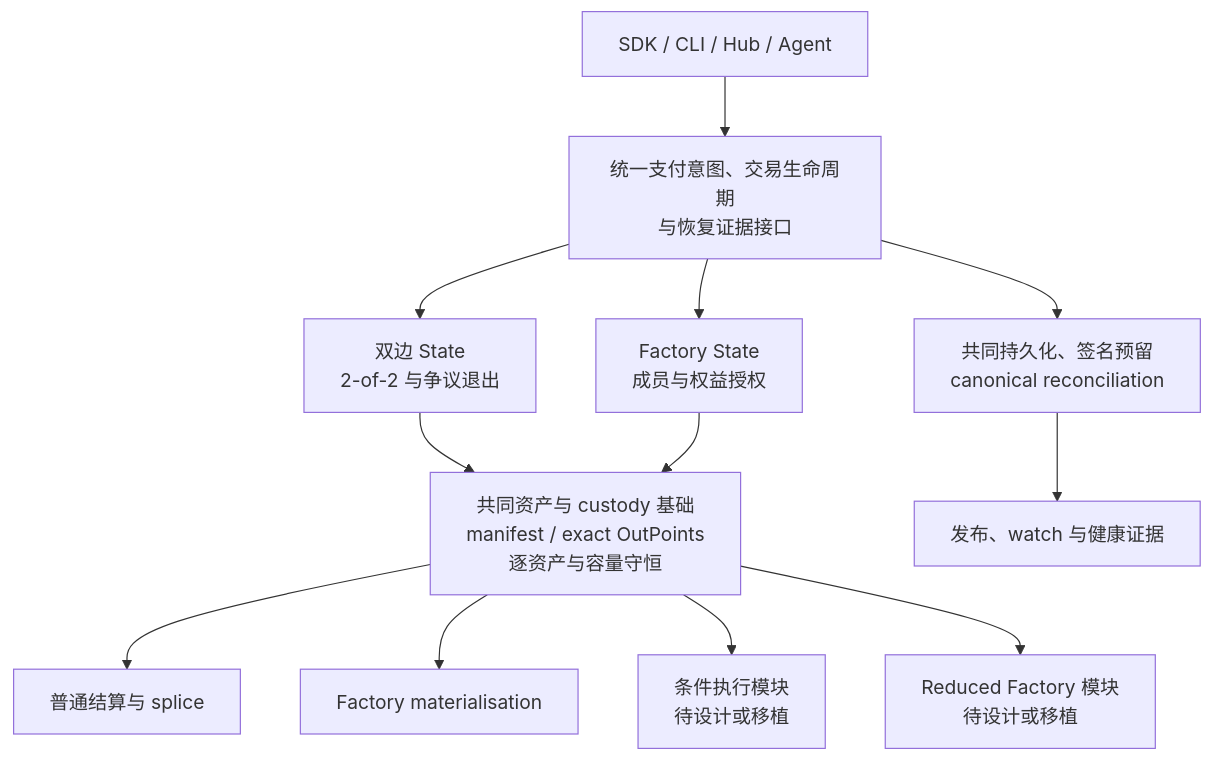
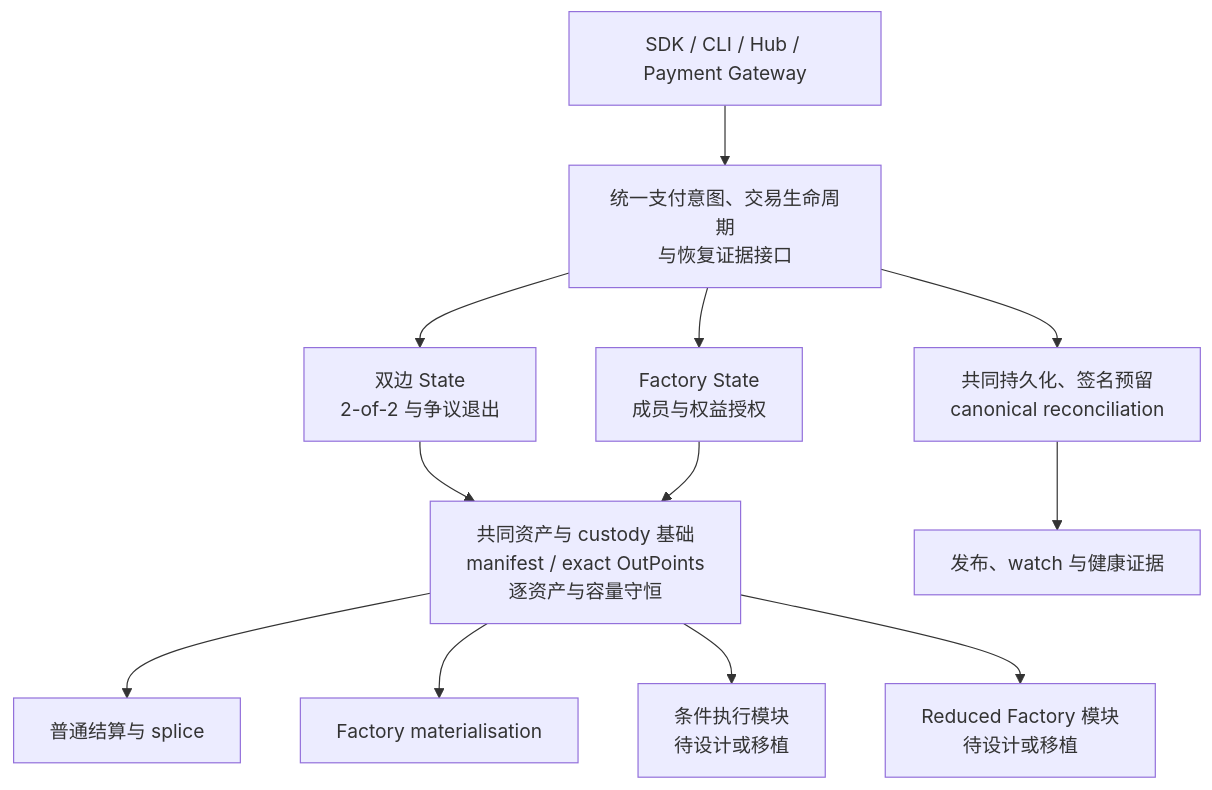
Before and after one commit to Morph-Channel-Network/Morph: the diagram in docs/architecture-profile-strategy.md, drawn with Mermaid. The commit also changed other lines of this file and 513 other files, not shown here.

````diff
--- a/docs/architecture-profile-strategy.md
+++ b/docs/architecture-profile-strategy.md
@@ -159,14 +159,14 @@
 ```mermaid
 flowchart TB
-    U["SDK / CLI / Hub / Agent"] --> L["统一支付意图、交易生命周期<br/>与恢复证据接口"]
+    U["SDK / CLI / Hub / Payment Gateway"] --> L["统一支付意图、交易生命周期<br/>与恢复证据接口"]
     L --> B["双边 State<br/>2-of-2 与争议退出"]
     L --> F["Factory State<br/>成员与权益授权"]
     B --> C["共同资产与 custody 基础<br/>manifest / exact OutPoints<br/>逐资产与容量守恒"]
     F --> C
     C --> P["普通结算与 splice"]
     C --> M["Factory materialisation"]
     C --> Q["条件执行模块<br/>待设计或移植"]
     C --> R["Reduced Factory 模块<br/>待设计或移植"]
     L --> J["共同持久化、签名预留<br/>canonical reconciliation"]
     J --> W["发布、watch 与健康证据"]
 ```
````
